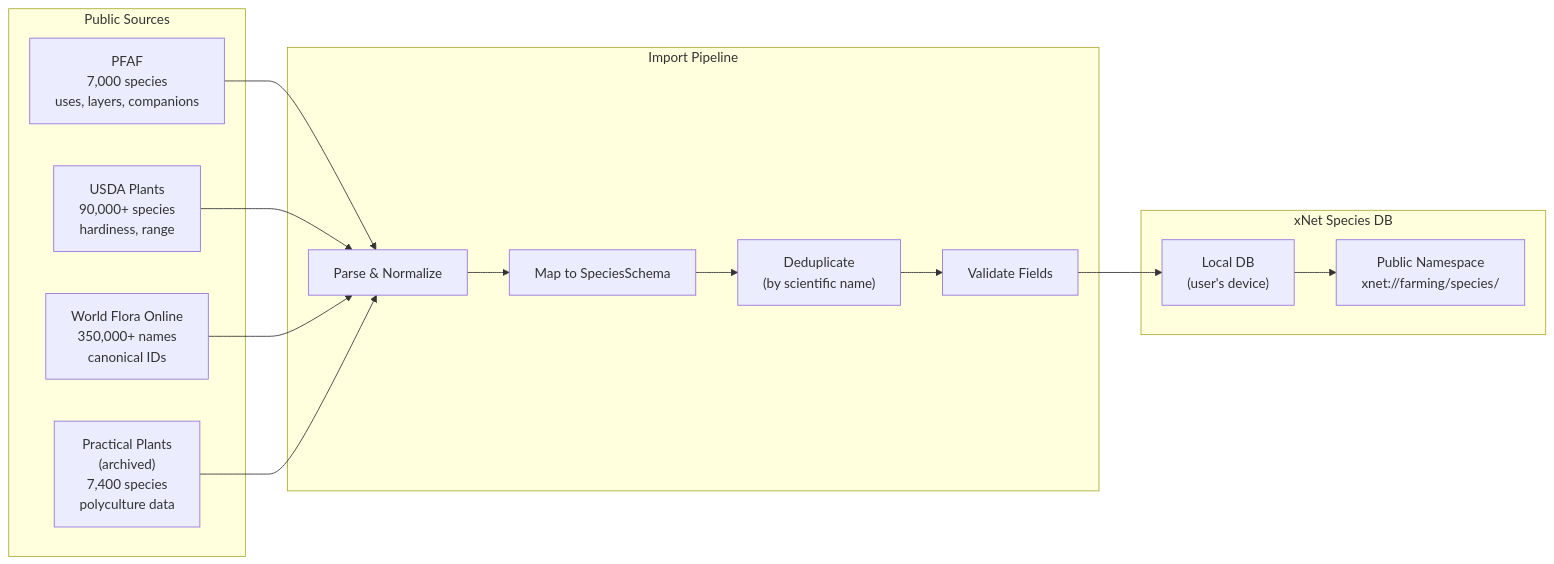
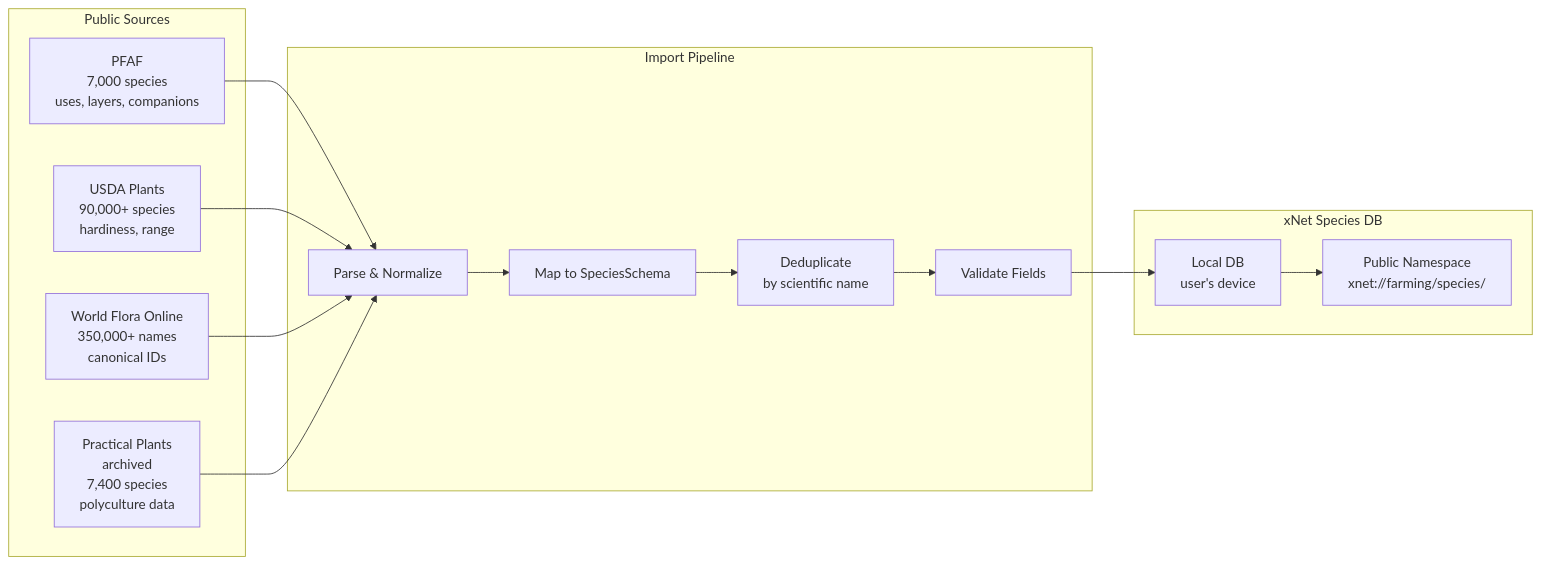
The diagram in docs/planStep04GlobalFarmingERP/02-species-database.md (crs48/xNet), drawn with Mermaid before and after one commit. The commit also changed 21 other files, not shown here.

First line of the commit message:
Fix Mermaid parse errors: remove parentheses in flowchart node labels after <br/> tags

````diff
--- a/docs/planStep04GlobalFarmingERP/02-species-database.md
+++ b/docs/planStep04GlobalFarmingERP/02-species-database.md
@@ -11,28 +11,28 @@
 ```mermaid
 flowchart LR
     subgraph "Public Sources"
         PFAF["PFAF<br/>7,000 species<br/>uses, layers, companions"]
         USDA["USDA Plants<br/>90,000+ species<br/>hardiness, range"]
         WFO["World Flora Online<br/>350,000+ names<br/>canonical IDs"]
-        PP["Practical Plants<br/>(archived)<br/>7,400 species<br/>polyculture data"]
+        PP["Practical Plants<br/>archived<br/>7,400 species<br/>polyculture data"]
     end
 
     subgraph "Import Pipeline"
         PARSE["Parse & Normalize"]
         MAP["Map to SpeciesSchema"]
-        DEDUPE["Deduplicate<br/>(by scientific name)"]
+        DEDUPE["Deduplicate<br/>by scientific name"]
         VALIDATE["Validate Fields"]
     end
 
     subgraph "xNet Species DB"
-        LOCAL["Local DB<br/>(user's device)"]
+        LOCAL["Local DB<br/>user's device"]
         PUBLIC["Public Namespace<br/>xnet://farming/species/"]
     end
 
     PFAF --> PARSE
     USDA --> PARSE
     WFO --> PARSE
     PP --> PARSE
     PARSE --> MAP --> DEDUPE --> VALIDATE --> LOCAL
     LOCAL --> PUBLIC
 ```
````
